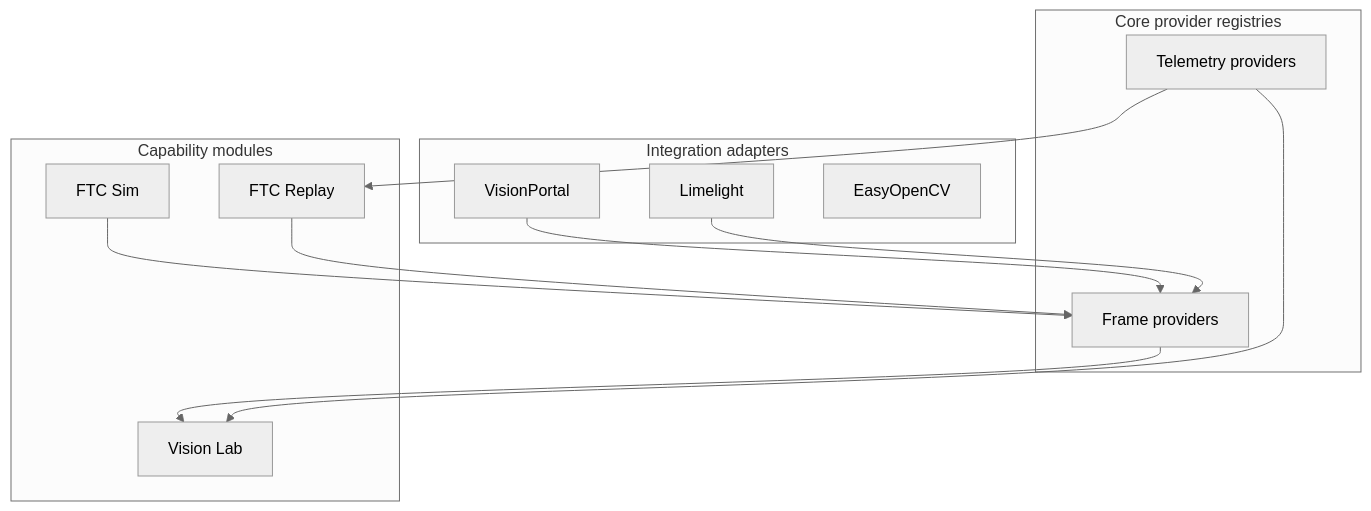
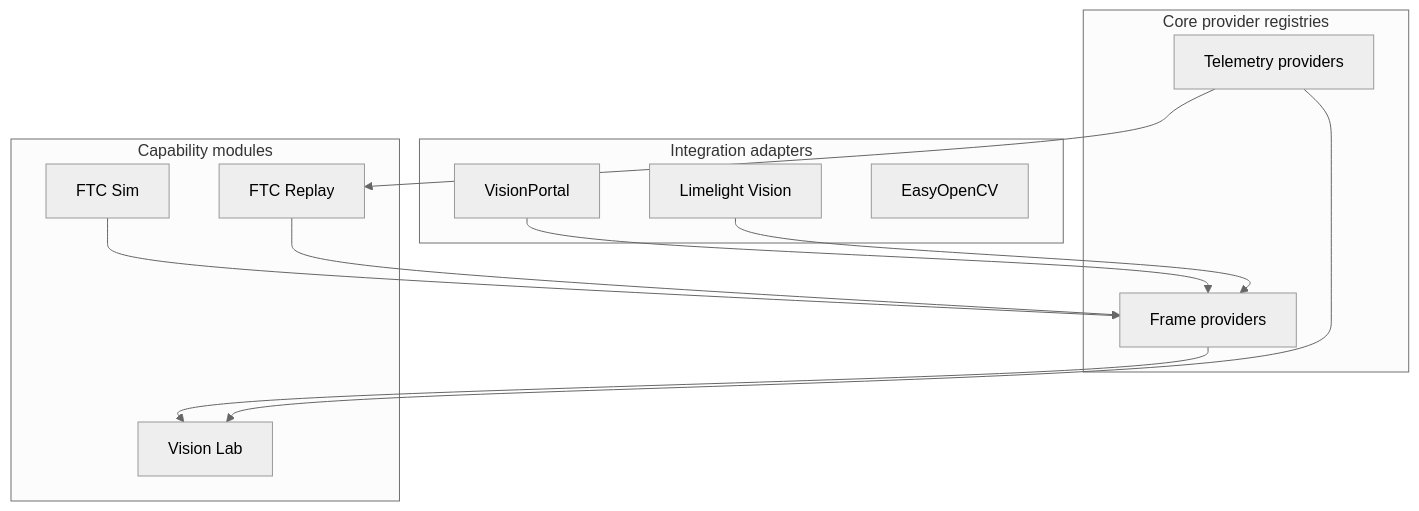
The diagram in docs/architecture/vision-providers.md (The-Allsparks/ftc-dev-tools), drawn with Mermaid (neutral theme) before and after one commit. The commit also changed other lines of this file and 22 other files, not shown here.

First line of the commit message:
Add Limelight Vision to vendor brand integrity checks.

````diff
--- a/docs/architecture/vision-providers.md
+++ b/docs/architecture/vision-providers.md
@@ -7,24 +7,24 @@
 ```mermaid
 graph TD
   subgraph adapters [Integration adapters]
     VP[VisionPortal]
-    LL[Limelight]
+    LL[Limelight Vision]
     EOCV[EasyOpenCV]
   end
   subgraph core [Core provider registries]
     FrameReg[Frame providers]
     TeleReg[Telemetry providers]
   end
   subgraph capability [Capability modules]
     VisionLab[Vision Lab]
     Replay[FTC Replay]
     Sim[FTC Sim]
   end
   VP --> FrameReg
   LL --> FrameReg
   Sim --> FrameReg
   Replay --> FrameReg
   FrameReg --> VisionLab
   TeleReg --> VisionLab
   TeleReg --> Replay
 ```
````
